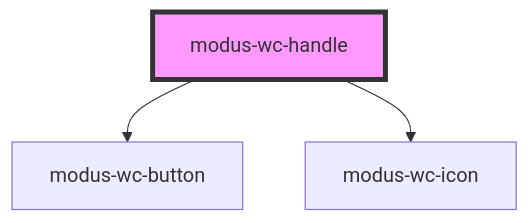
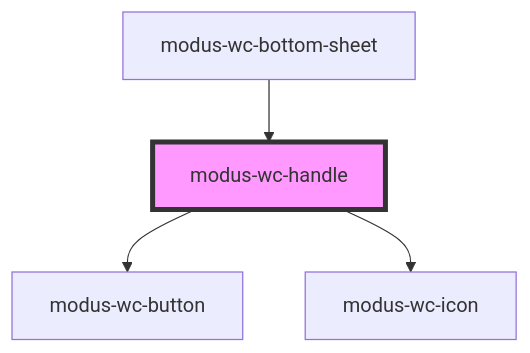
Before and after one commit to trimble-oss/modus-wc-2.0: the diagram in src/components/modus-wc-handle/readme.md, drawn with Mermaid. The commit also changed other lines of this file and 16 other files, not shown here.

````diff
--- a/src/components/modus-wc-handle/readme.md
+++ b/src/components/modus-wc-handle/readme.md
@@ -37,6 +41,7 @@
 ```mermaid
 graph TD;
   modus-wc-handle --> modus-wc-button
   modus-wc-handle --> modus-wc-icon
+  modus-wc-bottom-sheet --> modus-wc-handle
   style modus-wc-handle fill:#f9f,stroke:#333,stroke-width:4px
 ```
````
